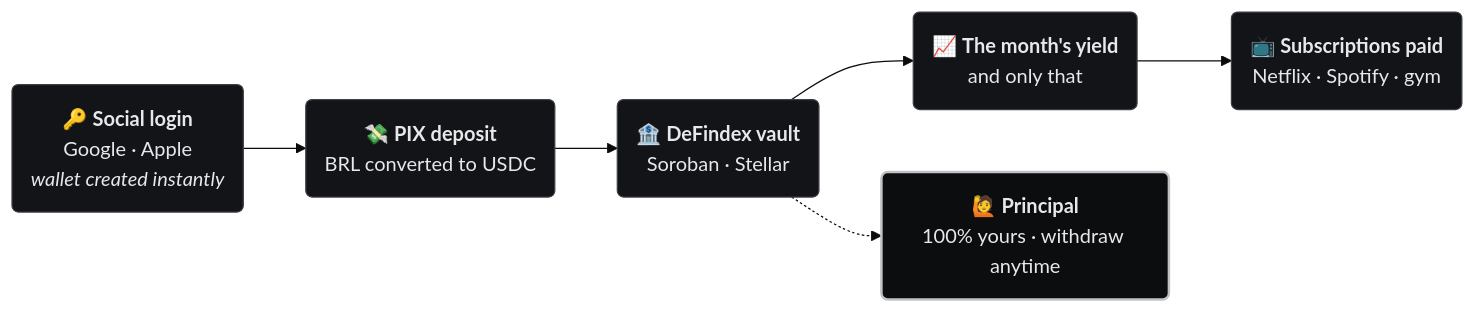
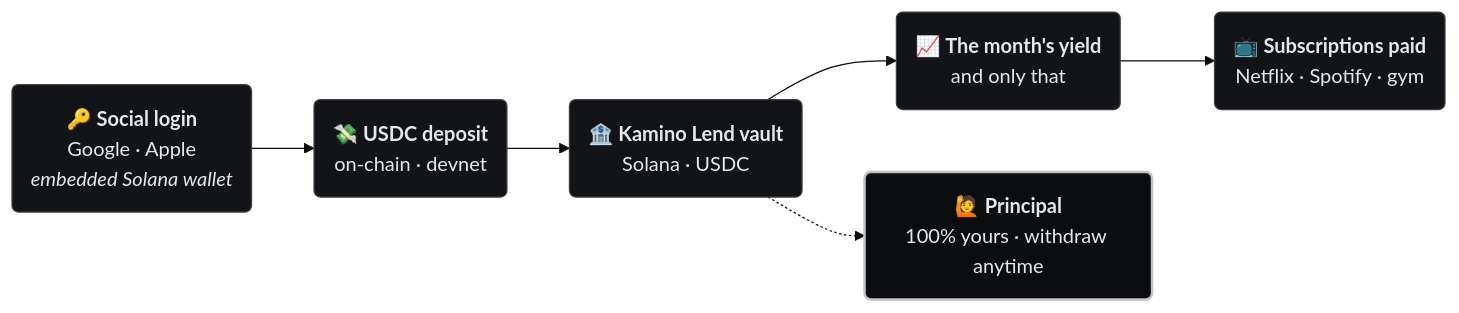
The first of 3 diagrams in README.en.md (Tiago-Alcantara/yield2Pay-solana), drawn with Mermaid (base theme) before and after one commit. The commit also changed other lines of this file and 42 other files, not shown here.

First line of the commit message:
feat: migrate family vault from Stellar/DeFindex to Solana/Kamino

````diff
--- a/README.en.md
+++ b/README.en.md
@@ -85,17 +85,17 @@
 ```mermaid
 flowchart LR
-    A("🔑 <b>Social login</b><br/>Google · Apple<br/><i>wallet created instantly</i>")
-    B("💸 <b>PIX deposit</b><br/>BRL converted to USDC")
-    C("🏦 <b>DeFindex vault</b><br/>Soroban · Stellar")
+    A("🔑 <b>Social login</b><br/>Google · Apple<br/><i>embedded Solana wallet</i>")
+    B("💸 <b>USDC deposit</b><br/>on-chain · devnet")
+    C("🏦 <b>Kamino Lend vault</b><br/>Solana · USDC")
     D("📈 <b>The month's yield</b><br/>and only that")
     E("📺 <b>Subscriptions paid</b><br/>Netflix · Spotify · gym")
     F("🙋 <b>Principal</b><br/>100% yours · withdraw anytime")
 
     A --> B --> C --> D --> E
     C -.-> F
 
     classDef box fill:#131417,stroke:#3c3f44,stroke-width:1px,color:#E6E8EA
     classDef keep fill:#0c0d0f,stroke:#C0C2C5,stroke-width:2px,color:#E6E8EA
     class A,B,C,D,E box
     class F keep
 ```
````
